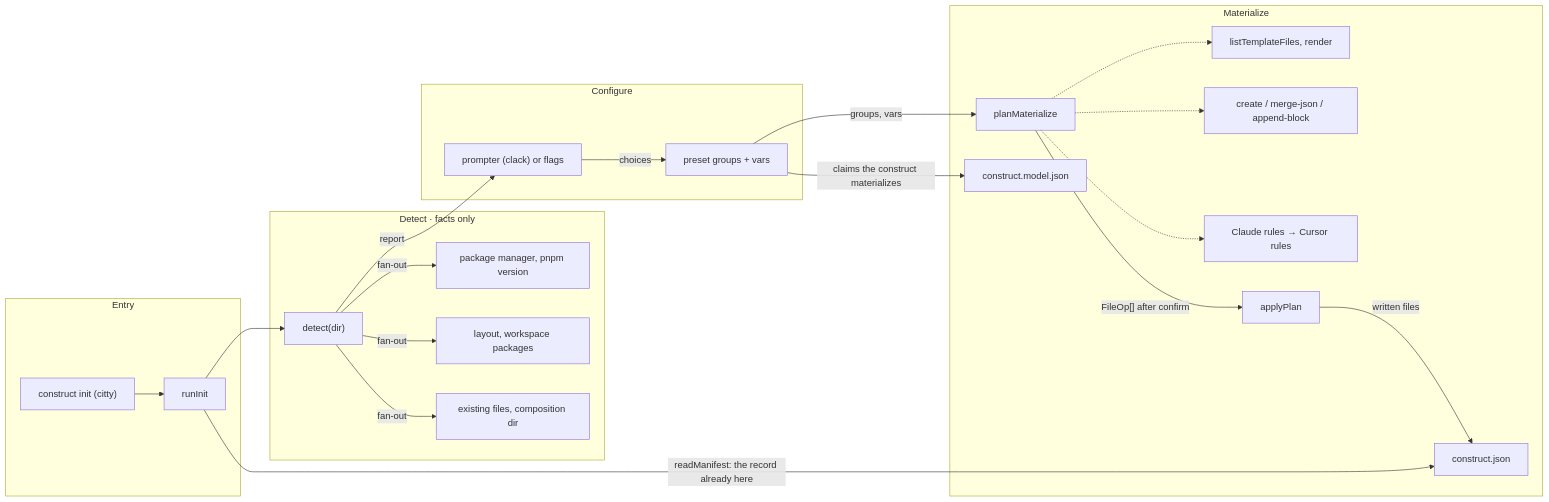
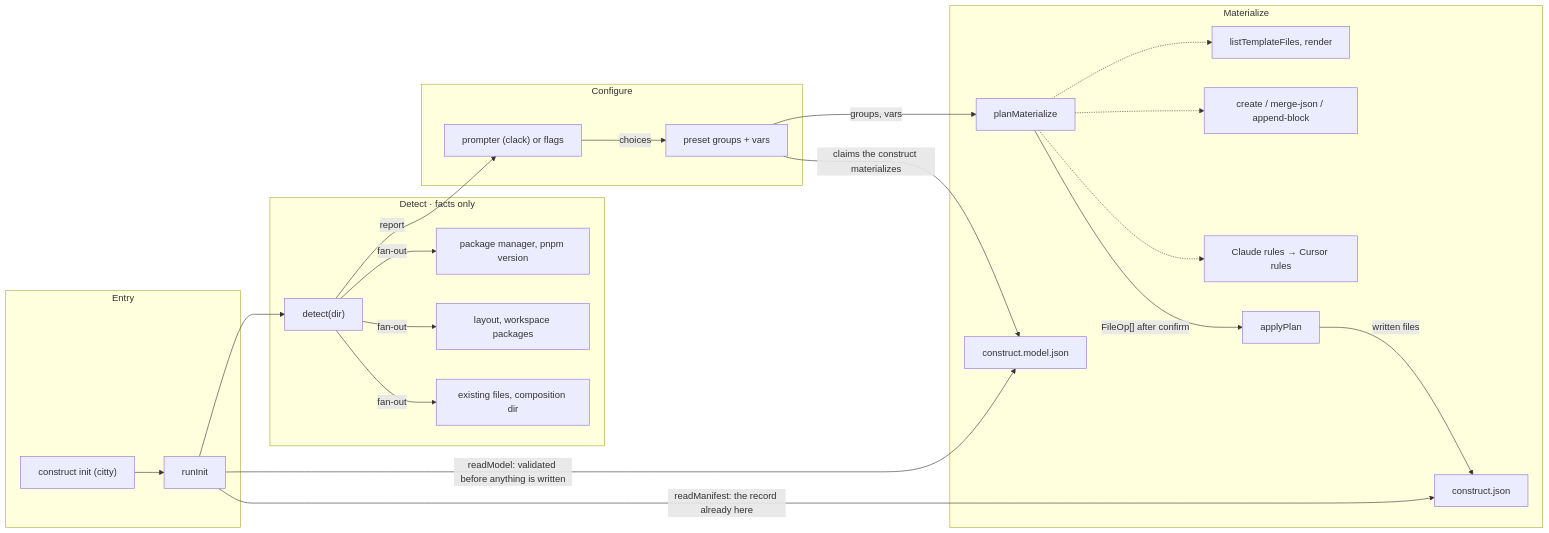
The diagram in architecture/init.md (E1i/mikoshi-construct), drawn with Mermaid before and after one commit. The commit also changed 7 other files, not shown here.

````diff
--- a/architecture/init.md
+++ b/architecture/init.md
@@ -10,41 +10,42 @@
 ```mermaid
 flowchart LR
   subgraph b_entry["Entry"]
     cli["construct init (citty)"]
     run["runInit"]
   end
   subgraph b_detect["Detect · facts only"]
     detect["detect(dir)"]
     pm["package manager, pnpm version"]
     layout["layout, workspace packages"]
     existing["existing files, composition dir"]
   end
   subgraph b_configure["Configure"]
     prompts["prompter (clack) or flags"]
     preset["preset groups + vars"]
   end
   subgraph b_materialize["Materialize"]
     plan["planMaterialize"]
     templates["listTemplateFiles, render"]
     strategies["create / merge-json / append-block"]
     rules["Claude rules → Cursor rules"]
     apply["applyPlan"]
     manifest["construct.json"]
     model["construct.model.json"]
   end
   cli --> run
   run --> detect
   detect -->|"fan-out"| pm
   detect -->|"fan-out"| layout
   detect -->|"fan-out"| existing
   detect -->|"report"| prompts
   prompts -->|"choices"| preset
   preset -->|"groups, vars"| plan
   plan -.-> templates
   plan -.-> strategies
   plan -.-> rules
   plan -->|"FileOp[] after confirm"| apply
+  run -->|"readModel: validated before anything is written"| model
   run -->|"readManifest: the record already here"| manifest
   apply -->|"written files"| manifest
   preset -->|"claims the construct materializes"| model
 ```
````
